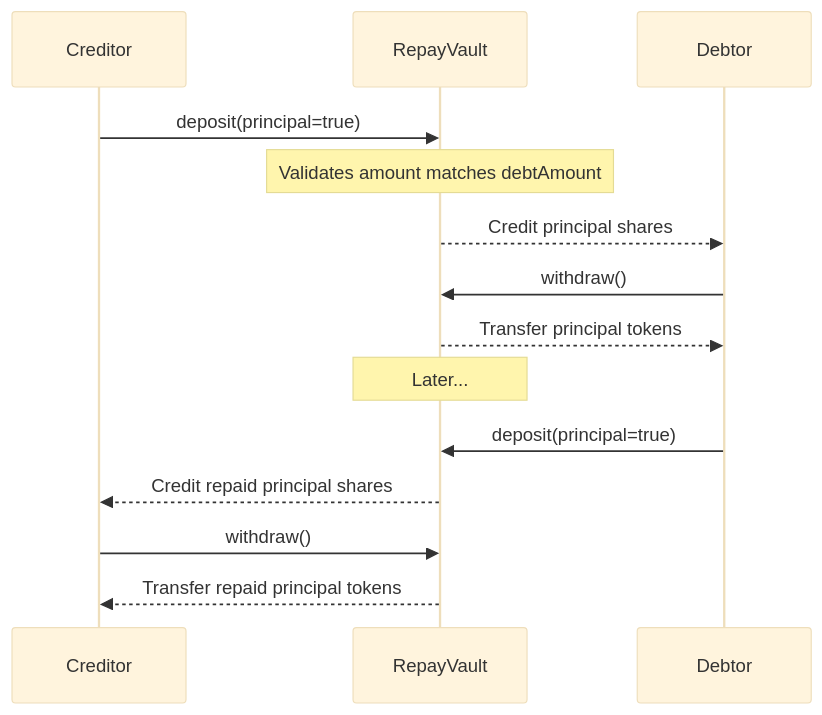
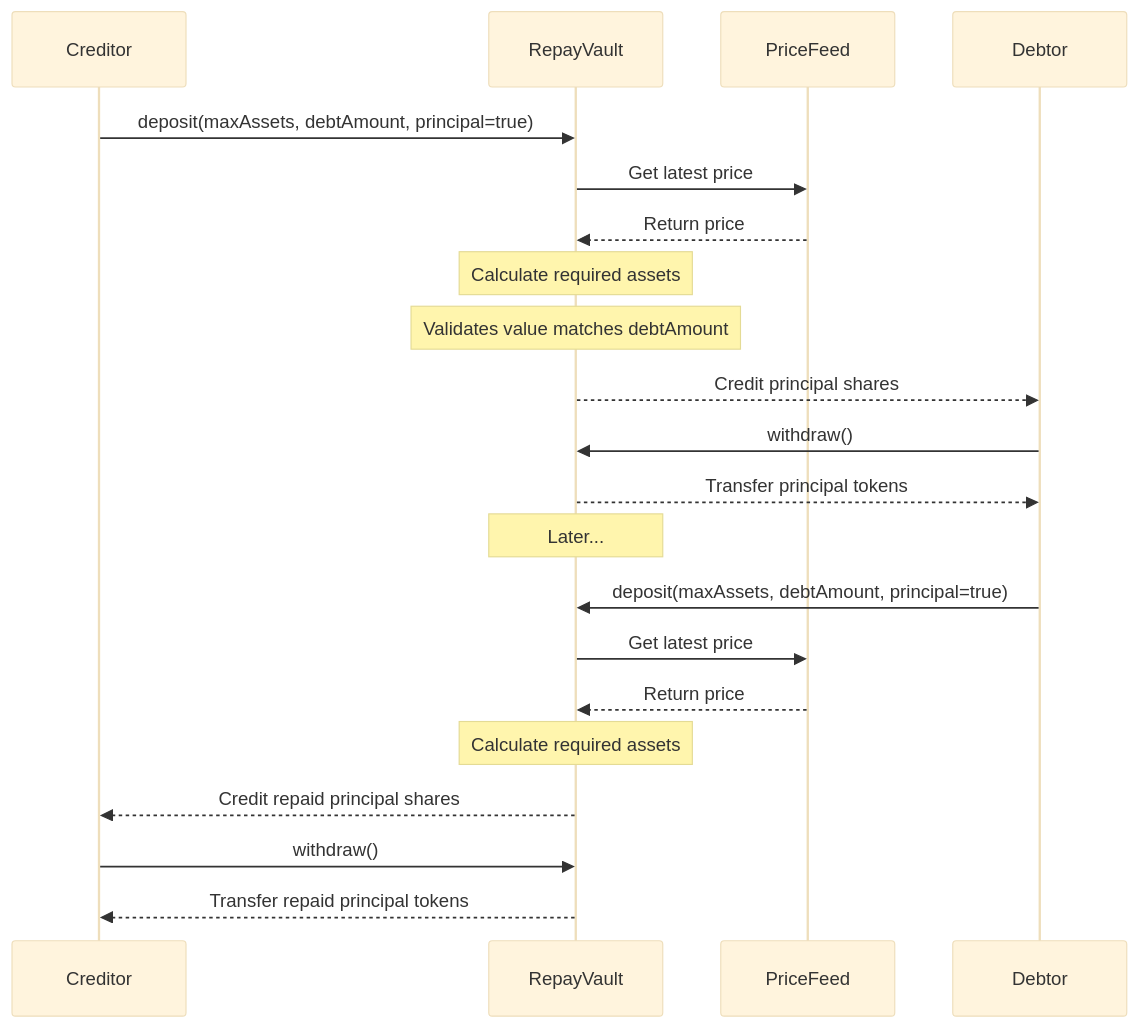
One commit to plan-b-labs/corporate-bond changed the second of 4 diagrams in src/contracts/CorporateBond/README.md. Above: the diagram before and after it, drawn with Mermaid (base theme). The commit also changed other lines of this file and 2 other files, not shown here.

````diff
--- a/src/contracts/CorporateBond/README.md
+++ b/src/contracts/CorporateBond/README.md
@@ -106,19 +124,26 @@
 ```mermaid
 sequenceDiagram
     participant Creditor
     participant RepayVault
+    participant PriceFeed
     participant Debtor
 
-    Creditor->>RepayVault: deposit(principal=true)
-    Note over RepayVault: Validates amount matches debtAmount
+    Creditor->>RepayVault: deposit(maxAssets, debtAmount, principal=true)
+    RepayVault->>PriceFeed: Get latest price
+    PriceFeed-->>RepayVault: Return price
+    Note over RepayVault: Calculate required assets
+    Note over RepayVault: Validates value matches debtAmount
     RepayVault-->>Debtor: Credit principal shares
     Debtor->>RepayVault: withdraw()
     RepayVault-->>Debtor: Transfer principal tokens
 
     Note over RepayVault: Later...
 
-    Debtor->>RepayVault: deposit(principal=true)
+    Debtor->>RepayVault: deposit(maxAssets, debtAmount, principal=true)
+    RepayVault->>PriceFeed: Get latest price
+    PriceFeed-->>RepayVault: Return price
+    Note over RepayVault: Calculate required assets
     RepayVault-->>Creditor: Credit repaid principal shares
     Creditor->>RepayVault: withdraw()
     RepayVault-->>Creditor: Transfer repaid principal tokens
 ```
````
